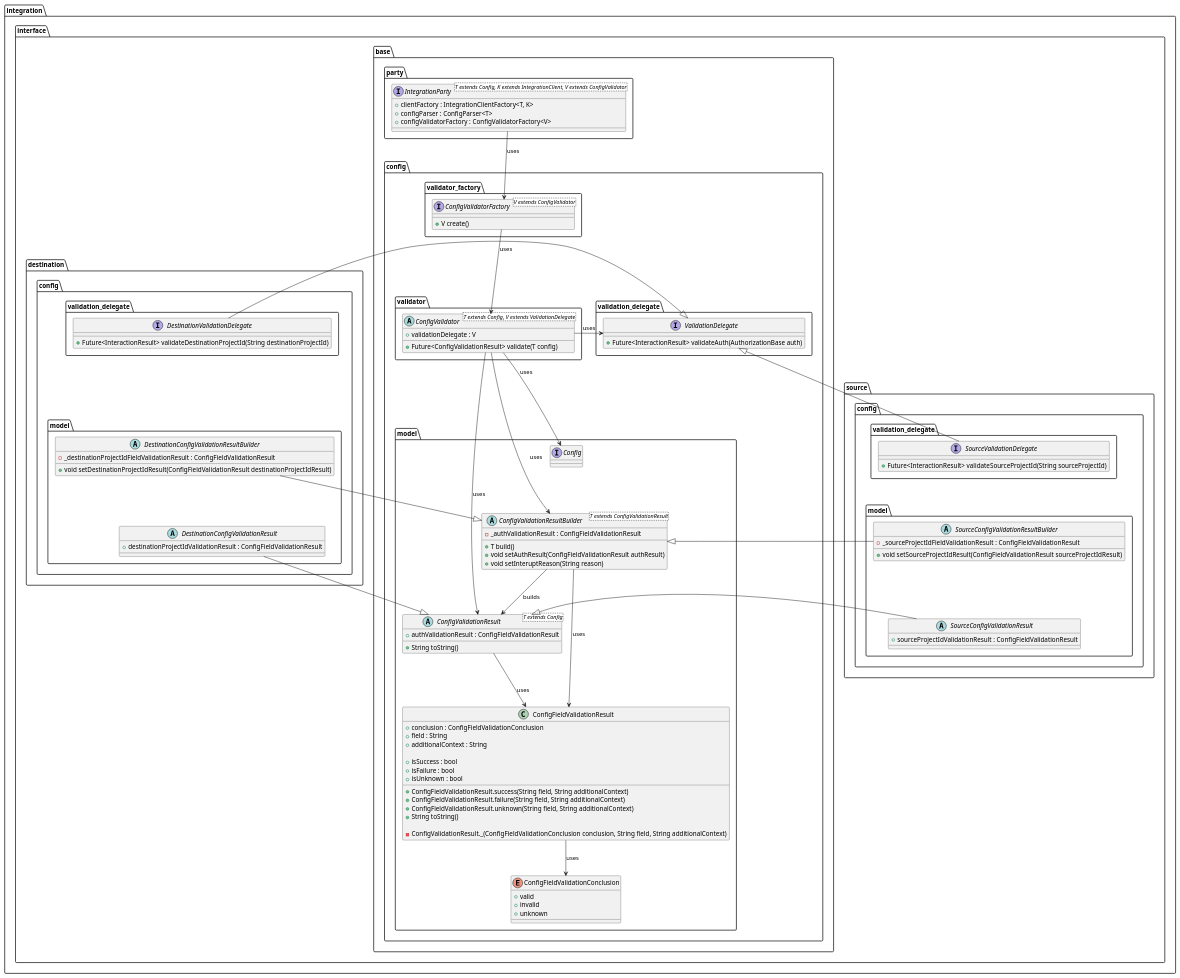
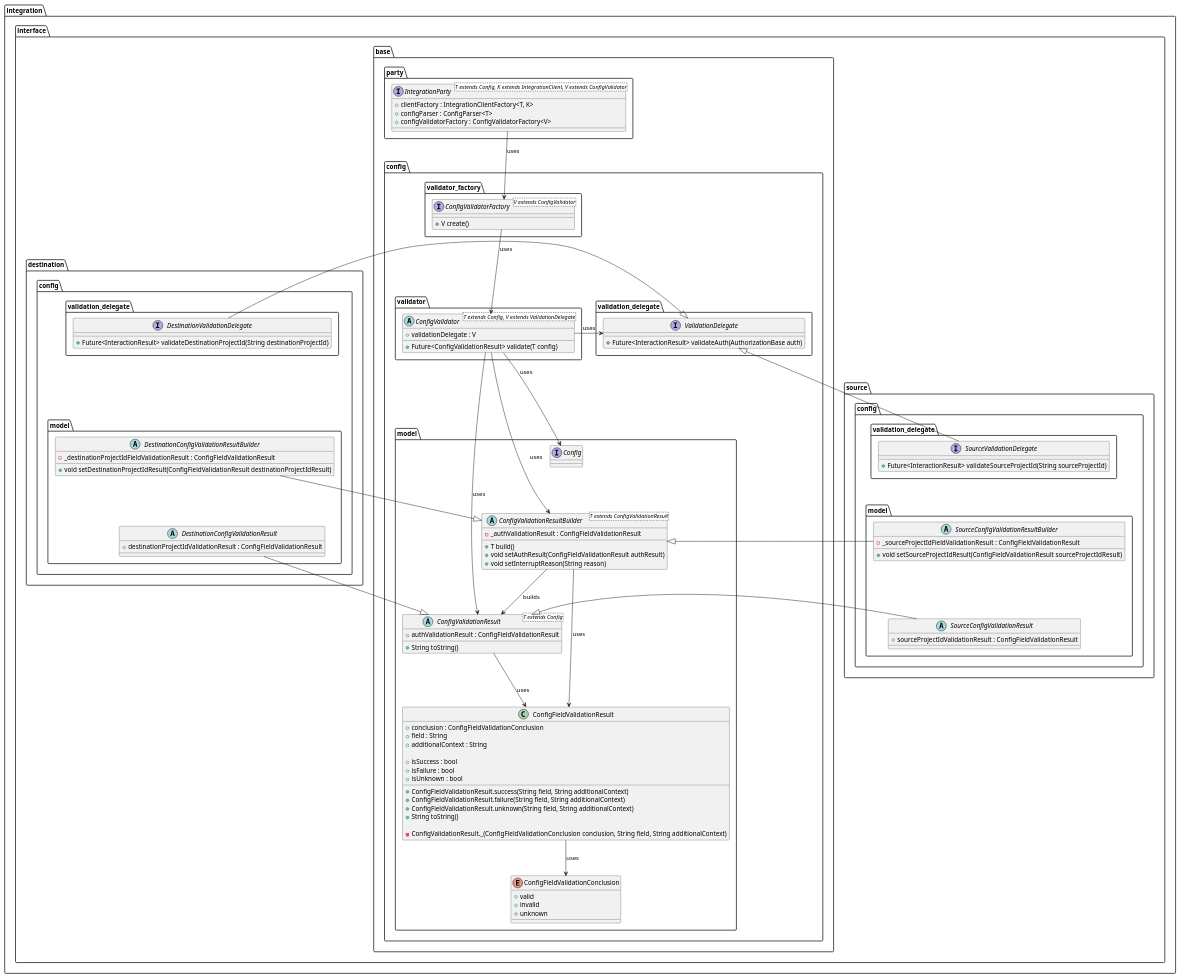
One commit to Flank/flank-dashboard changed the diagram in metrics/ci_integrations/docs/diagrams/ci_integrations_config_validator_interfaces_class_diagram.puml. Above: the diagram before and after it, drawn with PlantUML. The commit also changed 2 other files, not shown here.

```diff
--- a/metrics/ci_integrations/docs/diagrams/ci_integrations_config_validator_interfaces_class_diagram.puml
+++ b/metrics/ci_integrations/docs/diagrams/ci_integrations_config_validator_interfaces_class_diagram.puml
@@ -1,148 +1,148 @@
 @startuml ci_integrations_config_validator_class_diagram
 
     package integration.interface {
         package base {
             package party {
                 interface IntegrationParty<T extends Config, K extends IntegrationClient, V extends ConfigValidator> {
                     + clientFactory : IntegrationClientFactory<T, K>
                     + configParser : ConfigParser<T>
                     + configValidatorFactory : ConfigValidatorFactory<V>
                 }
             }
 
             package config {
                 package model {
                     interface Config {}
 
                     abstract class ConfigValidationResultBuilder<T extends ConfigValidationResult> {
                         - _authValidationResult : ConfigFieldValidationResult
 
                         + T build()
                         + void setAuthResult(ConfigFieldValidationResult authResult)
-                        + void setInteruptReason(String reason)
+                        + void setInterruptReason(String reason)
                     }
 
                     abstract class ConfigValidationResult<T extends Config> {
                         + authValidationResult : ConfigFieldValidationResult
 
                         + String toString()
                     }
 
                     enum ConfigFieldValidationConclusion {
                         + valid
                         + invalid
                         + unknown
                     }
 
                     class ConfigFieldValidationResult {
                         + conclusion : ConfigFieldValidationConclusion
                         + field : String
                         + additionalContext : String
 
                         + isSuccess : bool
                         + isFailure : bool
                         + isUnknown : bool
 
                         + ConfigFieldValidationResult.success(String field, String additionalContext)
                         + ConfigFieldValidationResult.failure(String field, String additionalContext)
                         + ConfigFieldValidationResult.unknown(String field, String additionalContext)
                         + String toString()
 
                         - ConfigValidationResult._(ConfigFieldValidationConclusion conclusion, String field, String additionalContext)
                     }
                 }
 
                 package validator {
                     abstract class ConfigValidator<T extends Config, V extends ValidationDelegate> {
                         + validationDelegate : V
 
                         + Future<ConfigValidationResult> validate(T config)
                     }
                 }
 
                 package validation_delegate as base_validation_delegate {
                     interface ValidationDelegate {
                         + Future<InteractionResult> validateAuth(AuthorizationBase auth)
                     }
                 }
 
                 package validator_factory {
                     interface ConfigValidatorFactory<V extends ConfigValidator> {
                         + V create()
                     }
                 }
             }
         }
         
         package source.config {
             package validation_delegate as source_validation_delegate {
                 interface SourceValidationDelegate {
                     + Future<InteractionResult> validateSourceProjectId(String sourceProjectId)
                 }
             }
 
             package model as source_model {
                 abstract class SourceConfigValidationResult {
                     + sourceProjectIdValidationResult : ConfigFieldValidationResult
                 }
 
                 abstract class SourceConfigValidationResultBuilder {
                     - _sourceProjectIdFieldValidationResult : ConfigFieldValidationResult
 
                     + void setSourceProjectIdResult(ConfigFieldValidationResult sourceProjectIdResult)
                 }
             }
         }
 
         package destination.config {
             package validation_delegate as destination_validation_delegate {
                 interface DestinationValidationDelegate {
                     + Future<InteractionResult> validateDestinationProjectId(String destinationProjectId)
                 }
             }
 
             package model as destination_model {
                 abstract class DestinationConfigValidationResult {
                     + destinationProjectIdValidationResult : ConfigFieldValidationResult
                 }
 
                 abstract class DestinationConfigValidationResultBuilder {
                     - _destinationProjectIdFieldValidationResult : ConfigFieldValidationResult
 
                     + void setDestinationProjectIdResult(ConfigFieldValidationResult destinationProjectIdResult)
                 }
             }
         }
     }
 
     IntegrationParty --> ConfigValidatorFactory : uses
 
     ConfigValidatorFactory --> ConfigValidator : uses
 
     ConfigValidator -right-> ValidationDelegate : uses
     ConfigValidator --> ConfigValidationResult : uses
     ConfigValidator --> ConfigValidationResultBuilder : uses
     ConfigValidator --> Config : uses
 
     ConfigValidationResultBuilder --> ConfigValidationResult : builds
     ConfigValidationResultBuilder --> ConfigFieldValidationResult : uses
 
     ConfigValidationResult --> ConfigFieldValidationResult : uses
 
     ConfigFieldValidationResult --> ConfigFieldValidationConclusion : uses
 
     SourceValidationDelegate -left-|> ValidationDelegate
     DestinationValidationDelegate -right-|> ValidationDelegate
 
     SourceConfigValidationResult -left-|> ConfigValidationResult
     DestinationConfigValidationResult -right-|> ConfigValidationResult
 
     SourceConfigValidationResultBuilder -left-|> ConfigValidationResultBuilder
     DestinationConfigValidationResultBuilder -right-|> ConfigValidationResultBuilder
 
     Config -[hidden]down-> ConfigValidationResultBuilder
     DestinationValidationDelegate -[hidden]down-> DestinationConfigValidationResultBuilder
     SourceValidationDelegate -[hidden]down-> SourceConfigValidationResultBuilder
     SourceConfigValidationResultBuilder -[hidden]down-> SourceConfigValidationResult
     DestinationConfigValidationResultBuilder -[hidden]down-> DestinationConfigValidationResult
 @enduml
```
